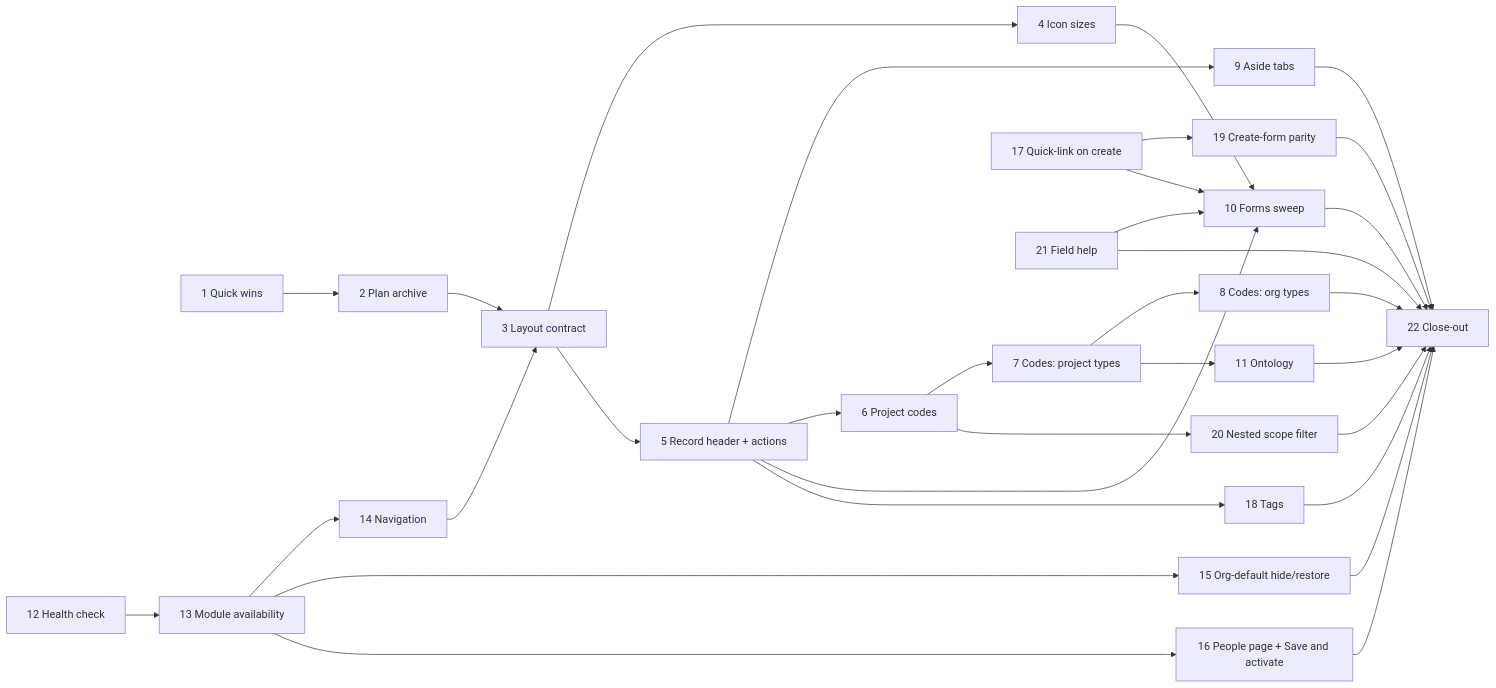
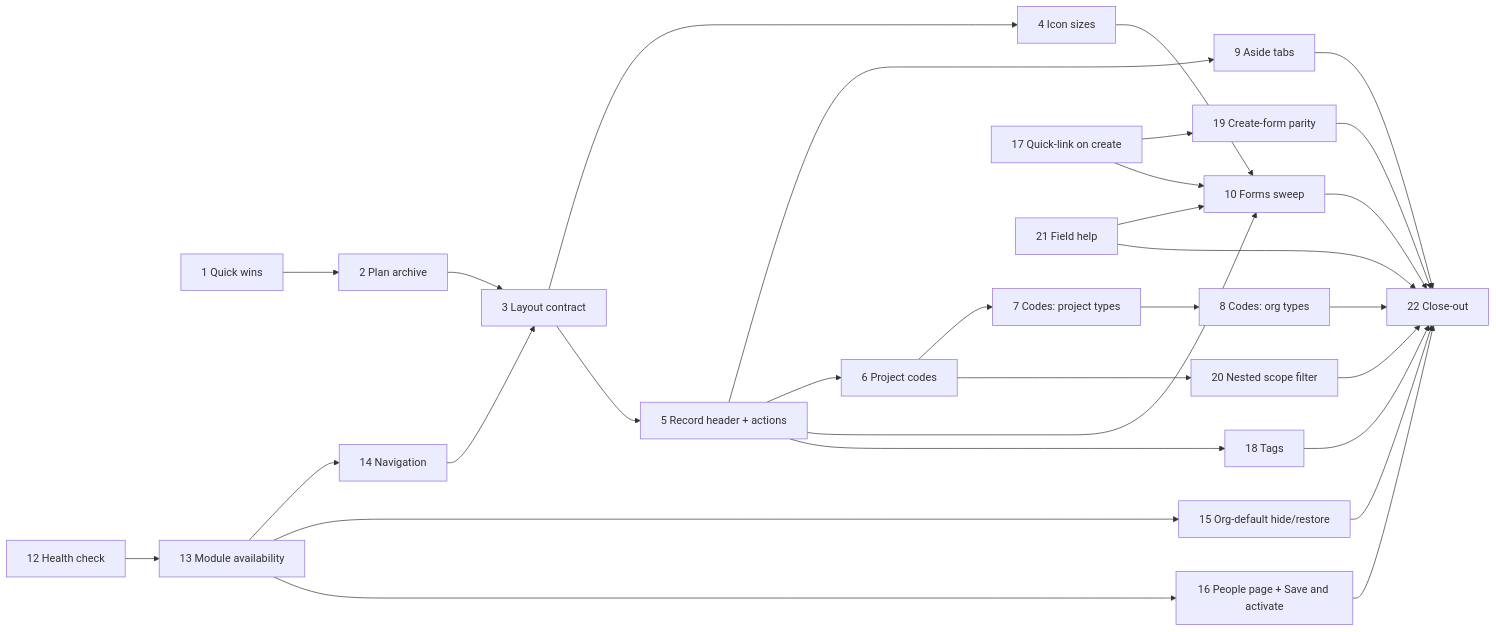
Before and after one commit to ballardr/reqtrackmanager: the first of 2 diagrams in docs/plans/platform-review-2026-10-plan.md, drawn with Mermaid. The commit also changed other lines of this file and 82 other files, not shown here.

````diff
--- a/docs/plans/platform-review-2026-10-plan.md
+++ b/docs/plans/platform-review-2026-10-plan.md
@@ -35,30 +34,28 @@
 ```mermaid
 flowchart LR
     P1["1 Quick wins"] --> P2["2 Plan archive"] --> P3["3 Layout contract"]
     P3 --> P4["4 Icon sizes"]
     P3 --> P5["5 Record header + actions"]
     P5 --> P9["9 Aside tabs"]
     P5 --> P6["6 Project codes"]
     P6 --> P7["7 Codes: project types"] --> P8["8 Codes: org types"]
-    P7 --> P11["11 Ontology"]
     P4 --> P10["10 Forms sweep"]
     P5 --> P10
     P9 --> P22["22 Close-out"]
     P10 --> P22
-    P11 --> P22
     P8 --> P22
     P12["12 Health check"] --> P13["13 Module availability"] --> P14["14 Navigation"] --> P3
     P13 --> P15["15 Org-default hide/restore"]
     P13 --> P16["16 People page + Save and activate"]
     P5 --> P18["18 Tags"]
     P17["17 Quick-link on create"] --> P19["19 Create-form parity"]
     P6 --> P20["20 Nested scope filter"]
     P21["21 Field help"] --> P10
     P15 --> P22
     P16 --> P22
     P18 --> P22
     P19 --> P22
     P20 --> P22
     P21 --> P22
     P17 --> P10
 ```
````
